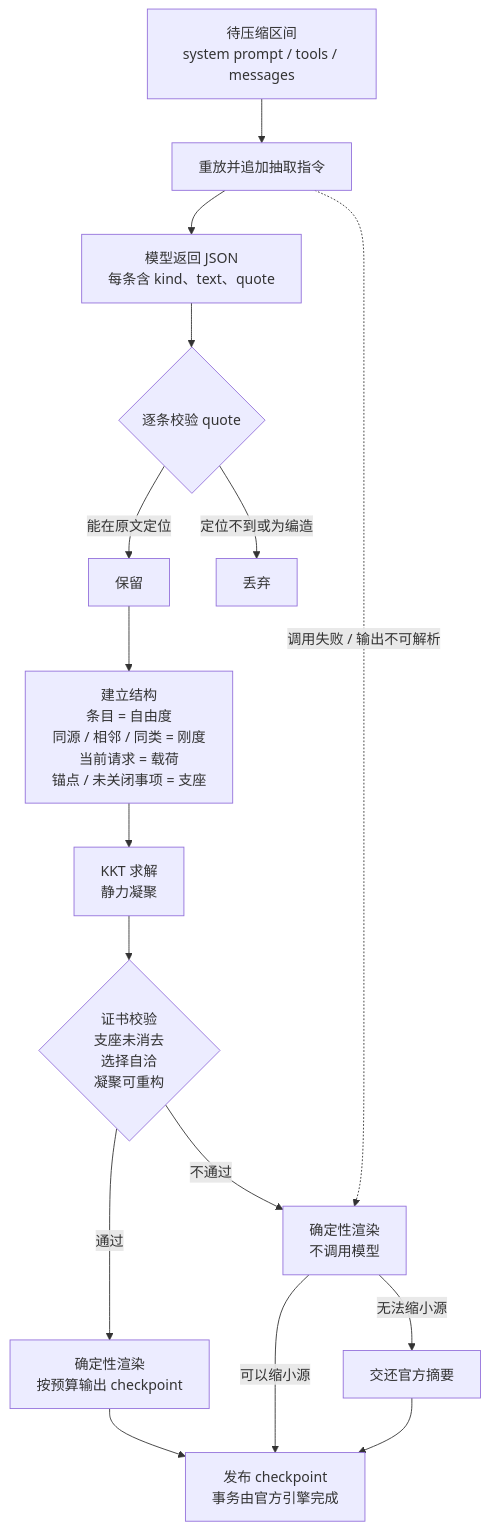
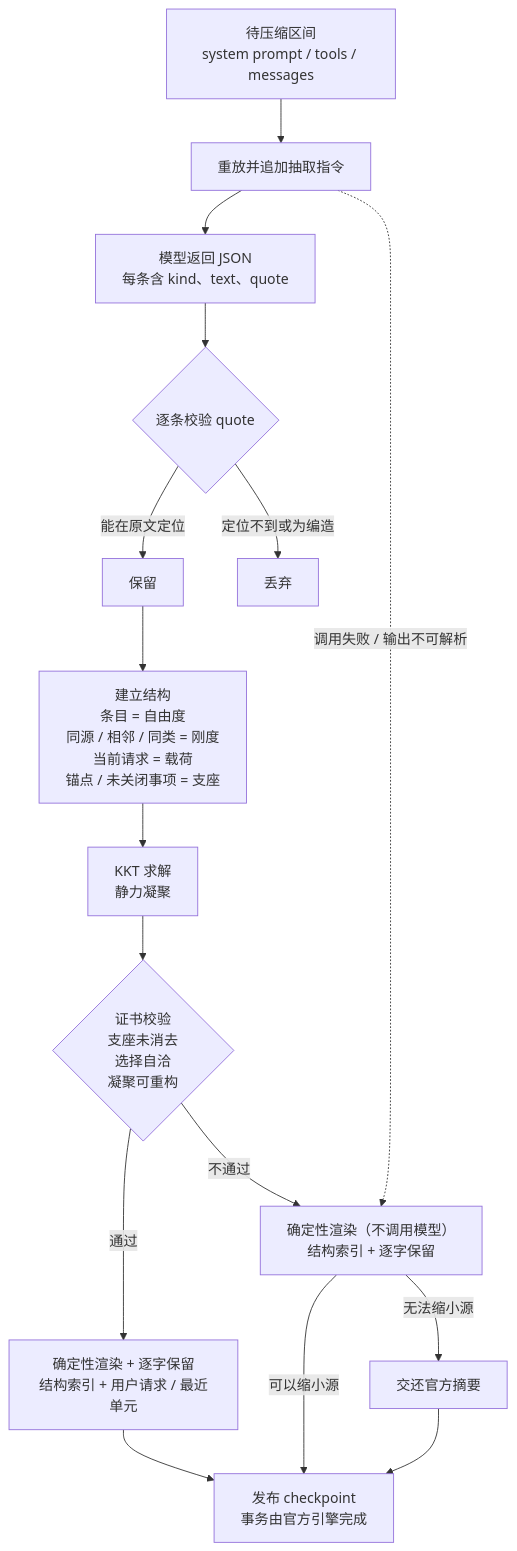
Before and after one commit to 2718labs/dsh-compaction-continuum: the diagram in README.zh-CN.md, drawn with Mermaid. The commit also changed other lines of this file and 11 other files, not shown here.

````diff
--- a/README.zh-CN.md
+++ b/README.zh-CN.md
@@ -82,18 +84,18 @@
 ```mermaid
 flowchart TD
     A["待压缩区间<br/>system prompt / tools / messages"] --> B["重放并追加抽取指令"]
     B --> C["模型返回 JSON<br/>每条含 kind、text、quote"]
     C --> D{"逐条校验 quote"}
     D -->|"能在原文定位"| E["保留"]
     D -->|"定位不到或为编造"| F["丢弃"]
     E --> G["建立结构<br/>条目 = 自由度<br/>同源 / 相邻 / 同类 = 刚度<br/>当前请求 = 载荷<br/>锚点 / 未关闭事项 = 支座"]
     G --> H["KKT 求解<br/>静力凝聚"]
     H --> I{"证书校验<br/>支座未消去<br/>选择自洽<br/>凝聚可重构"}
-    I -->|"通过"| J["确定性渲染<br/>按预算输出 checkpoint"]
-    I -->|"不通过"| K["确定性渲染<br/>不调用模型"]
+    I -->|"通过"| J["确定性渲染 + 逐字保留<br/>结构索引 + 用户请求 / 最近单元"]
+    I -->|"不通过"| K["确定性渲染（不调用模型）<br/>结构索引 + 逐字保留"]
     B -.->|"调用失败 / 输出不可解析"| K
     J --> L["发布 checkpoint<br/>事务由官方引擎完成"]
     K -->|"可以缩小源"| L
     K -->|"无法缩小源"| M["交还官方摘要"]
     M --> L
 ```
````
